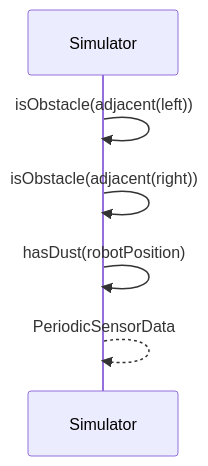
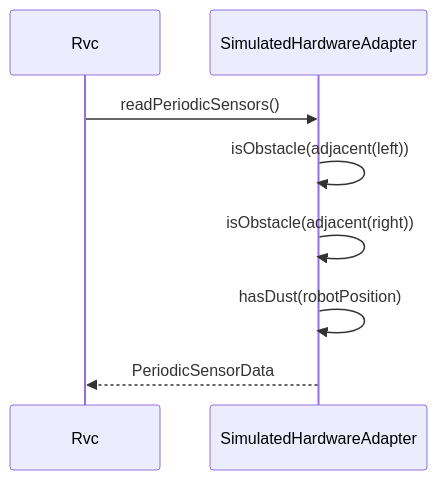
The third of 6 diagrams in docs/ood_sequence_diagrams.md (reload02/ooad-vibe), drawn with Mermaid before and after one commit. The commit also changed other lines of this file and 15 other files, not shown here.

First line of the commit message:
Refactor RVC Control System Architecture

````diff
--- a/docs/ood_sequence_diagrams.md
+++ b/docs/ood_sequence_diagrams.md
@@ -39,9 +62,11 @@
 ```mermaid
 sequenceDiagram
-    participant Simulator
+    participant Rvc
+    participant Adapter as SimulatedHardwareAdapter
 
-    Simulator->>Simulator: isObstacle(adjacent(left))
-    Simulator->>Simulator: isObstacle(adjacent(right))
-    Simulator->>Simulator: hasDust(robotPosition)
-    Simulator-->>Simulator: PeriodicSensorData
+    Rvc->>Adapter: readPeriodicSensors()
+    Adapter->>Adapter: isObstacle(adjacent(left))
+    Adapter->>Adapter: isObstacle(adjacent(right))
+    Adapter->>Adapter: hasDust(robotPosition)
+    Adapter-->>Rvc: PeriodicSensorData
 ```
````
